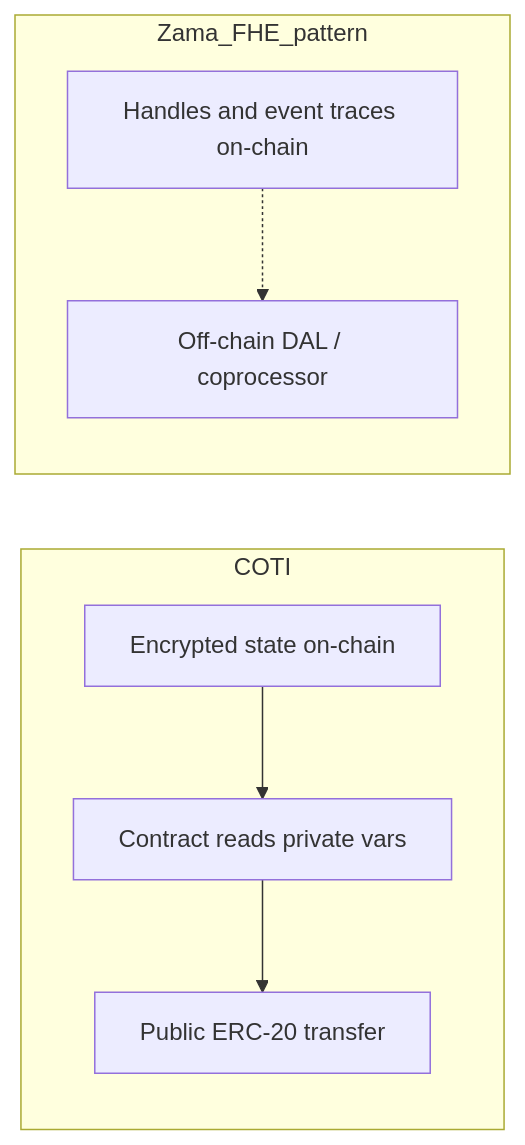
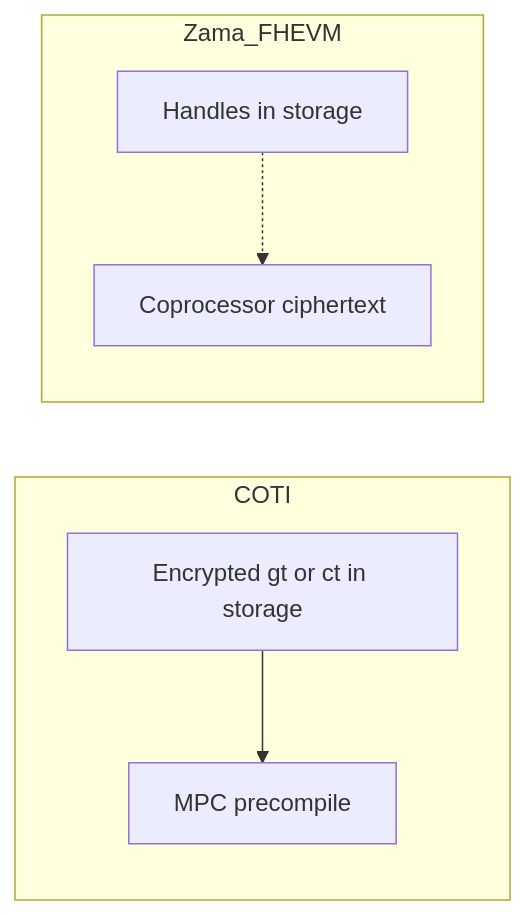
Before and after one commit to coti-io/documentation: the diagram in coti-erc7984/on-chain-data-availability.md, drawn with Mermaid. The commit also changed other lines of this file and 39 other files, not shown here.

First line of the commit message:
docs: correct ERC-7984 comparison with measured Zama proof sizes

````diff
--- a/coti-erc7984/on-chain-data-availability.md
+++ b/coti-erc7984/on-chain-data-availability.md
@@ -17,14 +13,13 @@
 ```mermaid
 flowchart LR
   subgraph cotiModel [COTI]
-    PrivState[Encrypted state on-chain]
-    ContractLogic[Contract reads private vars]
-    PublicAction[Public ERC-20 transfer]
-    PrivState --> ContractLogic --> PublicAction
+    PrivState[Encrypted gt or ct in storage]
+    Mpc[MPC precompile]
+    PrivState --> Mpc
   end
-  subgraph zamaModel [Zama_FHE_pattern]
-    Handles[Handles and event traces on-chain]
-    Offchain[Off-chain DAL / coprocessor]
-    Handles -.-> Offchain
+  subgraph zamaModel [Zama_FHEVM]
+    Handles[Handles in storage]
+    Coproc[Coprocessor ciphertext]
+    Handles -.-> Coproc
   end
 ```
````
